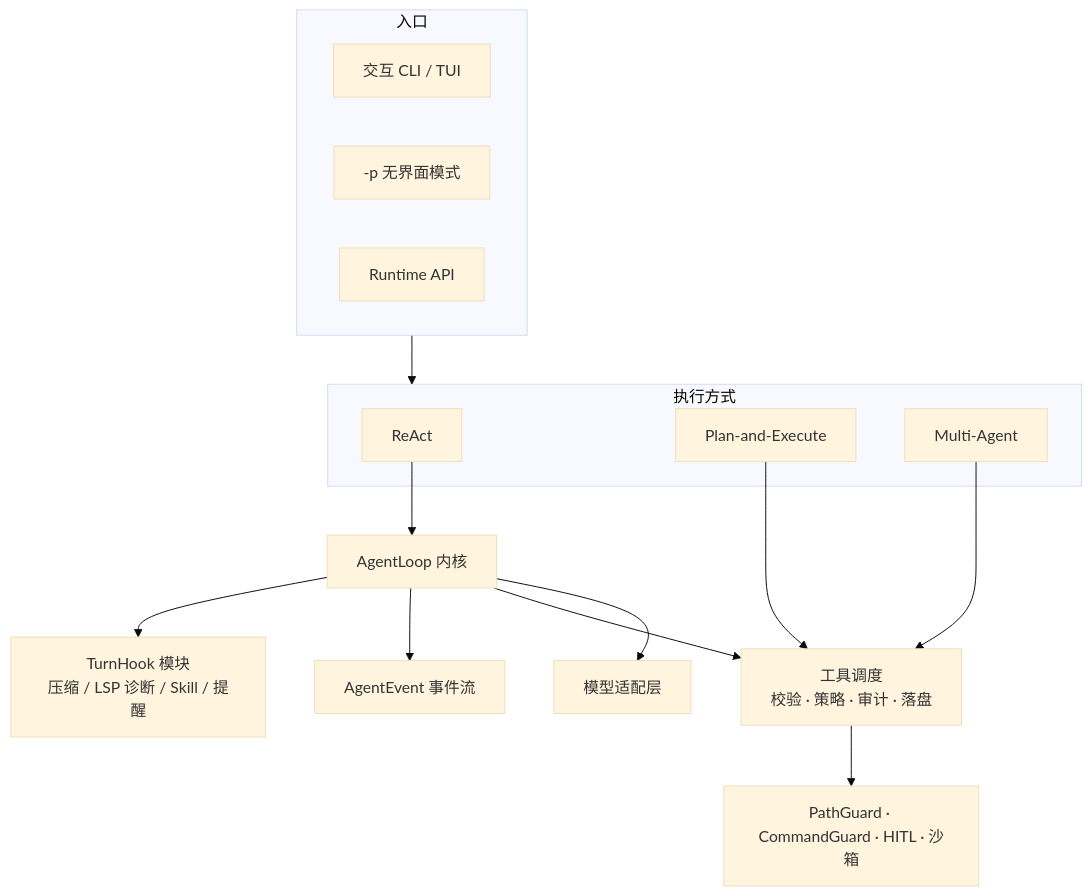
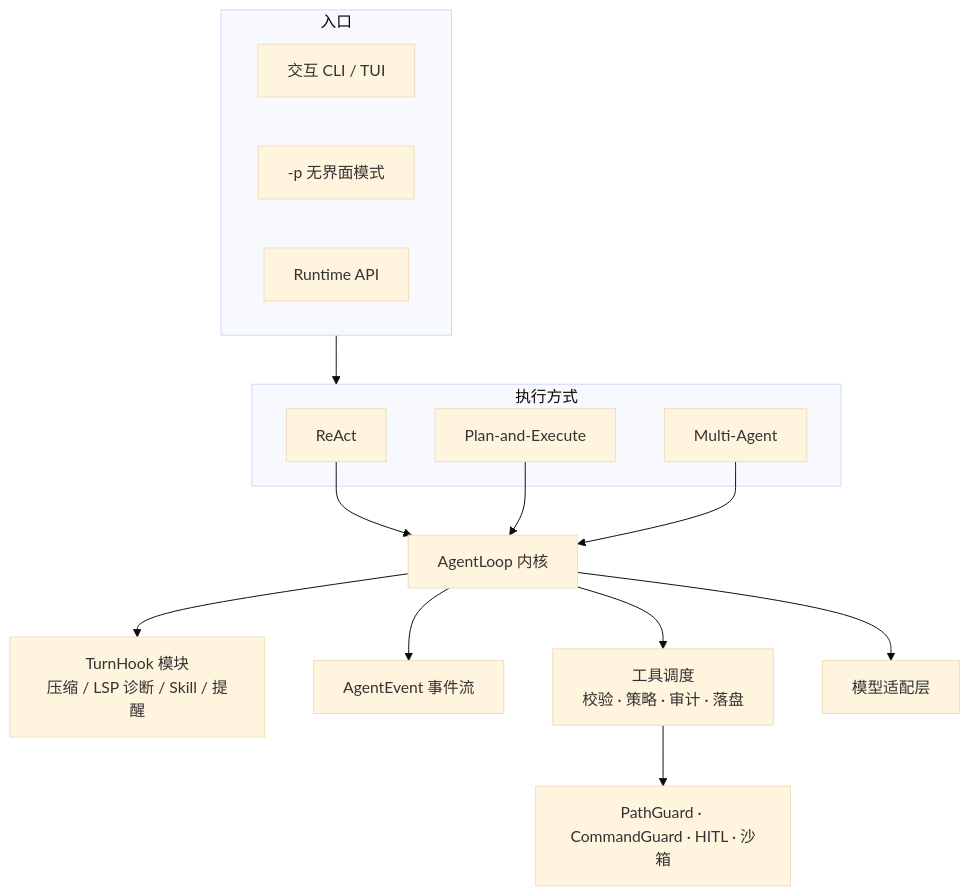
The diagram in README.md (SuperGh2233/AgentCli), drawn with Mermaid (base theme) before and after one commit. The commit also changed other lines of this file and 6 other files, not shown here.

First line of the commit message:
docs(architecture): runtime architecture, context engineering, convergence roadmap; compaction quality test

````diff
--- a/README.md
+++ b/README.md
@@ -85,22 +85,22 @@
 ```mermaid
 flowchart TB
   subgraph Entry[入口]
     CLI[交互 CLI / TUI]
     HL["-p 无界面模式"]
     API[Runtime API]
   end
   subgraph Modes[执行方式]
     R[ReAct]
     P[Plan-and-Execute]
     T[Multi-Agent]
   end
   Entry --> Modes
   R --> LOOP[AgentLoop 内核]
   LOOP --> HOOK[TurnHook 模块<br/>压缩 / LSP 诊断 / Skill / 提醒]
   LOOP --> EV[AgentEvent 事件流]
   LOOP --> TOOLS[工具调度<br/>校验 · 策略 · 审计 · 落盘]
-  P --> TOOLS
-  T --> TOOLS
+  P --> LOOP
+  T --> LOOP
   TOOLS --> SEC[PathGuard · CommandGuard · HITL · 沙箱]
   LOOP --> LLM[模型适配层]
 ```
````
